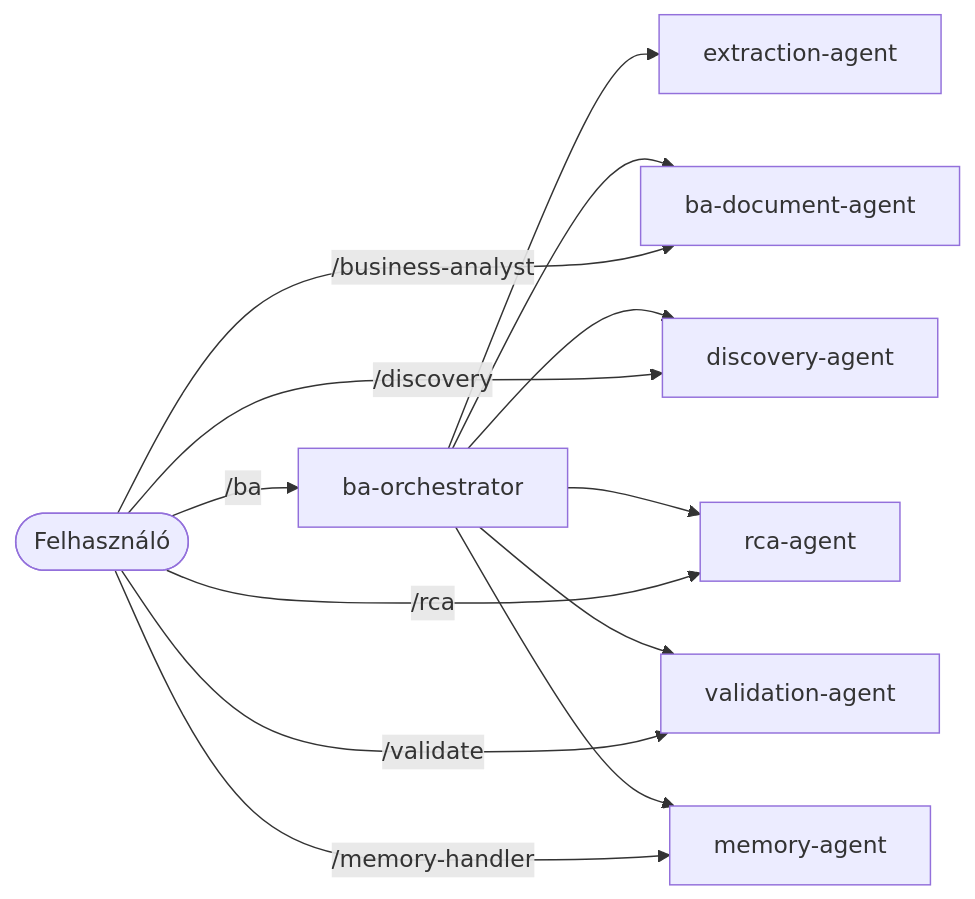
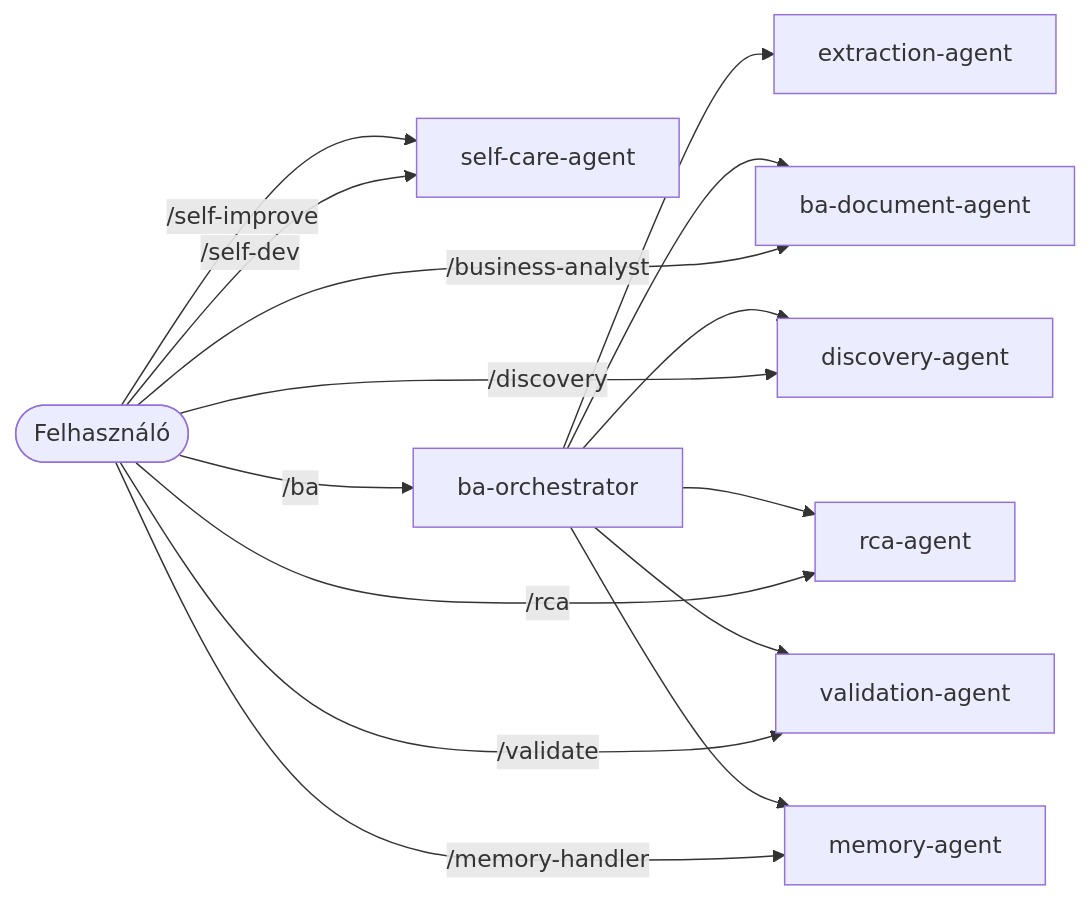
The diagram in .claude/agents/docs/README.md (exphoenee/ba-team-docs), drawn with Mermaid before and after one commit. The commit also changed other lines of this file and 16 other files, not shown here.

````diff
--- a/.claude/agents/docs/README.md
+++ b/.claude/agents/docs/README.md
@@ -9,16 +9,18 @@
 ```mermaid
 flowchart LR
     U([Felhasználó])
+    U -->|/self-dev| A8[self-care-agent]
+    U -->|/self-improve| A8
     U -->|/ba| A1[ba-orchestrator]
     U -->|/business-analyst| A3[ba-document-agent]
     U -->|/discovery| A4[discovery-agent]
     U -->|/rca| A5[rca-agent]
     U -->|/validate| A6[validation-agent]
     U -->|/memory-handler| A7[memory-agent]
     A1 --> A2[extraction-agent]
     A1 --> A3
     A1 --> A4
     A1 --> A5
     A1 --> A6
     A1 --> A7
 ```
````
